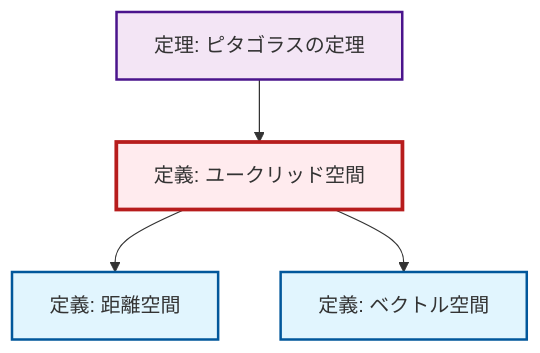
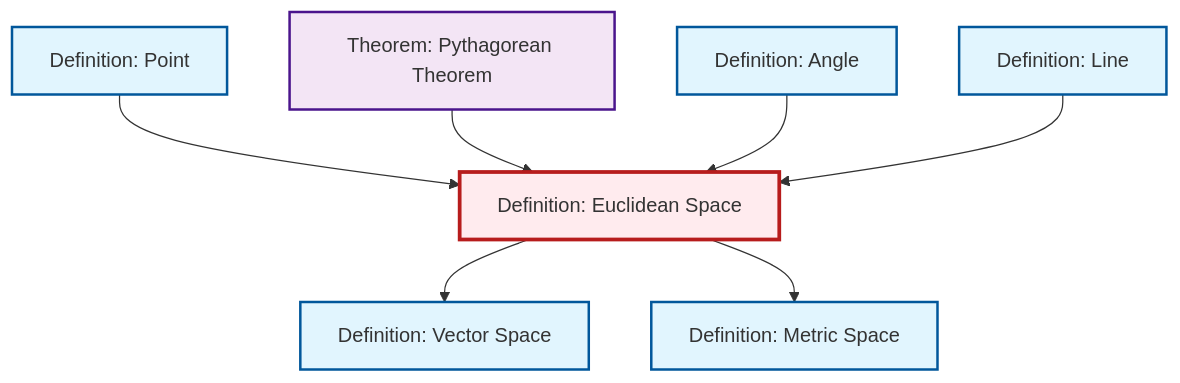
Before and after one commit to RK0429/ModernMath: the second of 2 diagrams in content/ja/geometry/def-euclidean-space.qmd, drawn with Mermaid. The commit also changed 203 other files, not shown here.

````diff
--- a/content/ja/geometry/def-euclidean-space.qmd
+++ b/content/ja/geometry/def-euclidean-space.qmd
@@ -68,21 +68,23 @@
 ```{mermaid}
-%%| fig-cap: "局所依存関係グラフ"
+%%| fig-cap: "Local dependency graph"
 graph TD
     classDef definition fill:#e1f5fe,stroke:#01579b,stroke-width:2px
     classDef theorem fill:#f3e5f5,stroke:#4a148c,stroke-width:2px
     classDef axiom fill:#fff3e0,stroke:#e65100,stroke-width:2px
     classDef example fill:#e8f5e9,stroke:#1b5e20,stroke-width:2px
     classDef current fill:#ffebee,stroke:#b71c1c,stroke-width:3px
-    thm-pythagorean["定理: ピタゴラスの定理"]:::theorem
-    def-vector-space["定義: ベクトル空間"]:::definition
-    def-euclidean-space["定義: ユークリッド空間"]:::definition
-    def-metric-space["定義: 距離空間"]:::definition
+    def-angle["Definition: Angle"]:::definition
+    thm-pythagorean["Theorem: Pythagorean Theorem"]:::theorem
+    def-metric-space["Definition: Metric Space"]:::definition
+    def-vector-space["Definition: Vector Space"]:::definition
+    def-euclidean-space["Definition: Euclidean Space"]:::definition
+    def-point["Definition: Point"]:::definition
+    def-line["Definition: Line"]:::definition
+    def-euclidean-space --> def-vector-space
+    def-point --> def-euclidean-space
+    thm-pythagorean --> def-euclidean-space
+    def-angle --> def-euclidean-space
+    def-line --> def-euclidean-space
     def-euclidean-space --> def-metric-space
-    def-euclidean-space --> def-vector-space
-    thm-pythagorean --> def-euclidean-space
     class def-euclidean-space current
-
-    click thm-pythagorean "thm-pythagorean.html" "Go to 定理: ピタゴラスの定理"
-    click def-vector-space "def-vector-space.html" "Go to 定義: ベクトル空間"
-    click def-metric-space "def-metric-space.html" "Go to 定義: 距離空間"
 ```
````
